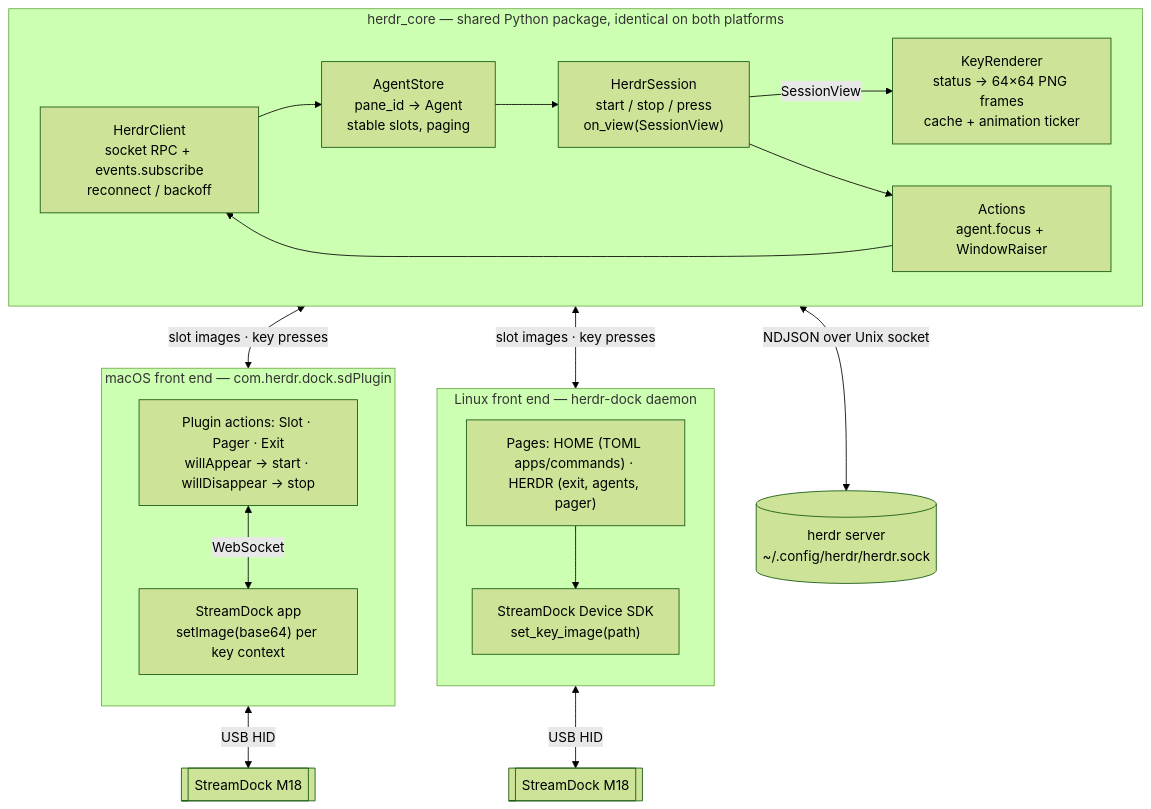
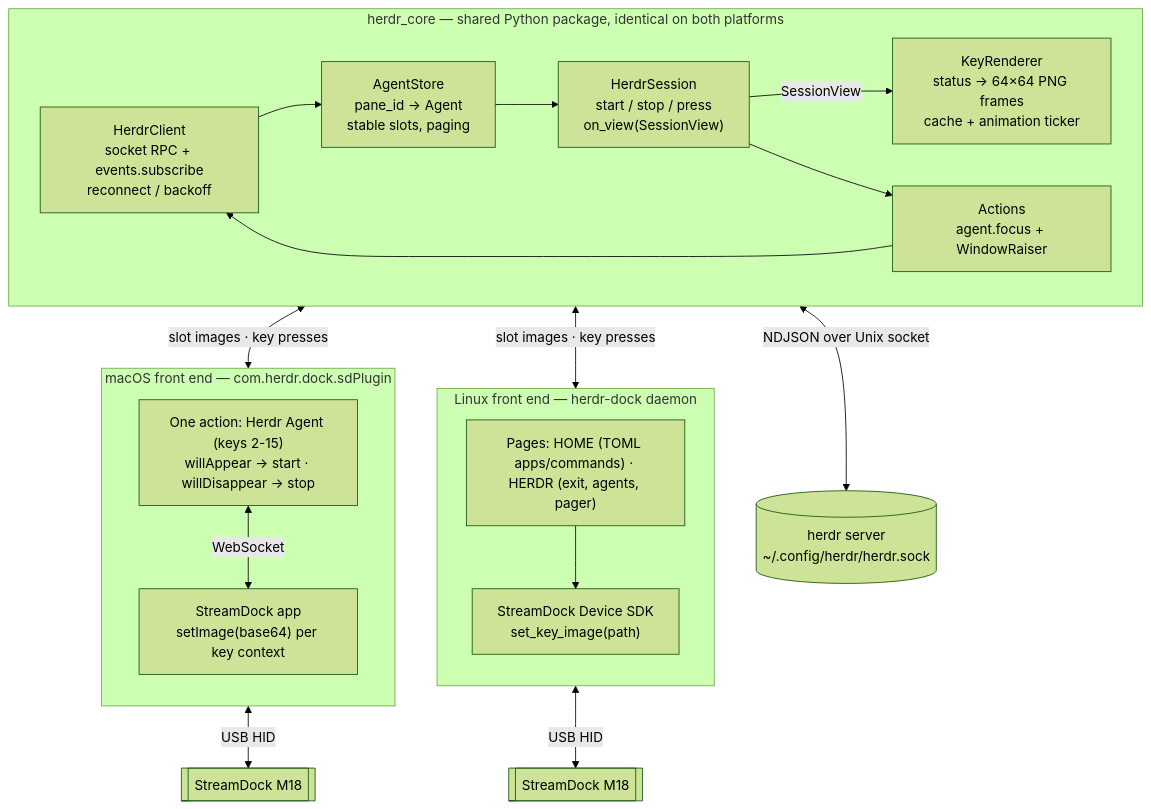
One commit to gedovkl/herdr-dock changed the first of 7 diagrams in DESIGN.md. Above: the diagram before and after it, drawn with Mermaid (forest theme). The commit also changed other lines of this file and 2 other files, not shown here.

````diff
--- a/DESIGN.md
+++ b/DESIGN.md
@@ -93,38 +94,38 @@
 ```mermaid
 flowchart TB
     subgraph core["herdr_core — shared Python package, identical on both platforms"]
         direction LR
         client["HerdrClient<br/>socket RPC + events.subscribe<br/>reconnect / backoff"]
         store["AgentStore<br/>pane_id → Agent<br/>stable slots, paging"]
         render["KeyRenderer<br/>status → 64×64 PNG frames<br/>cache + animation ticker"]
         actions["Actions<br/>agent.focus + WindowRaiser"]
         session["HerdrSession<br/>start / stop / press<br/>on_view(SessionView)"]
         client --> store --> session
         session -->|SessionView| render
         session --> actions --> client
     end
 
     subgraph linux["Linux front end — herdr-dock daemon"]
         direction TB
         lpages["Pages: HOME (TOML apps/commands) · HERDR (exit, agents, pager)"]
         lsdk["StreamDock Device SDK<br/>set_key_image(path)"]
         lpages --> lsdk
     end
 
     subgraph mac["macOS front end — com.herdr.dock.sdPlugin"]
         direction TB
-        mplugin["Plugin actions: Slot · Pager · Exit<br/>willAppear → start · willDisappear → stop"]
+        mplugin["One action: Herdr Agent (keys 2-15)<br/>willAppear → start · willDisappear → stop"]
         mapp["StreamDock app<br/>setImage(base64) per key context"]
         mplugin <-->|WebSocket| mapp
     end
 
     herdr[("herdr server<br/>~/.config/herdr/herdr.sock")]
     m18L[["StreamDock M18"]]
     m18M[["StreamDock M18"]]
 
     client <-->|NDJSON over Unix socket| herdr
     session <-->|slot images · key presses| lpages
     session <-->|slot images · key presses| mplugin
     lsdk <-->|USB HID| m18L
     mapp <-->|USB HID| m18M
 ```
````
